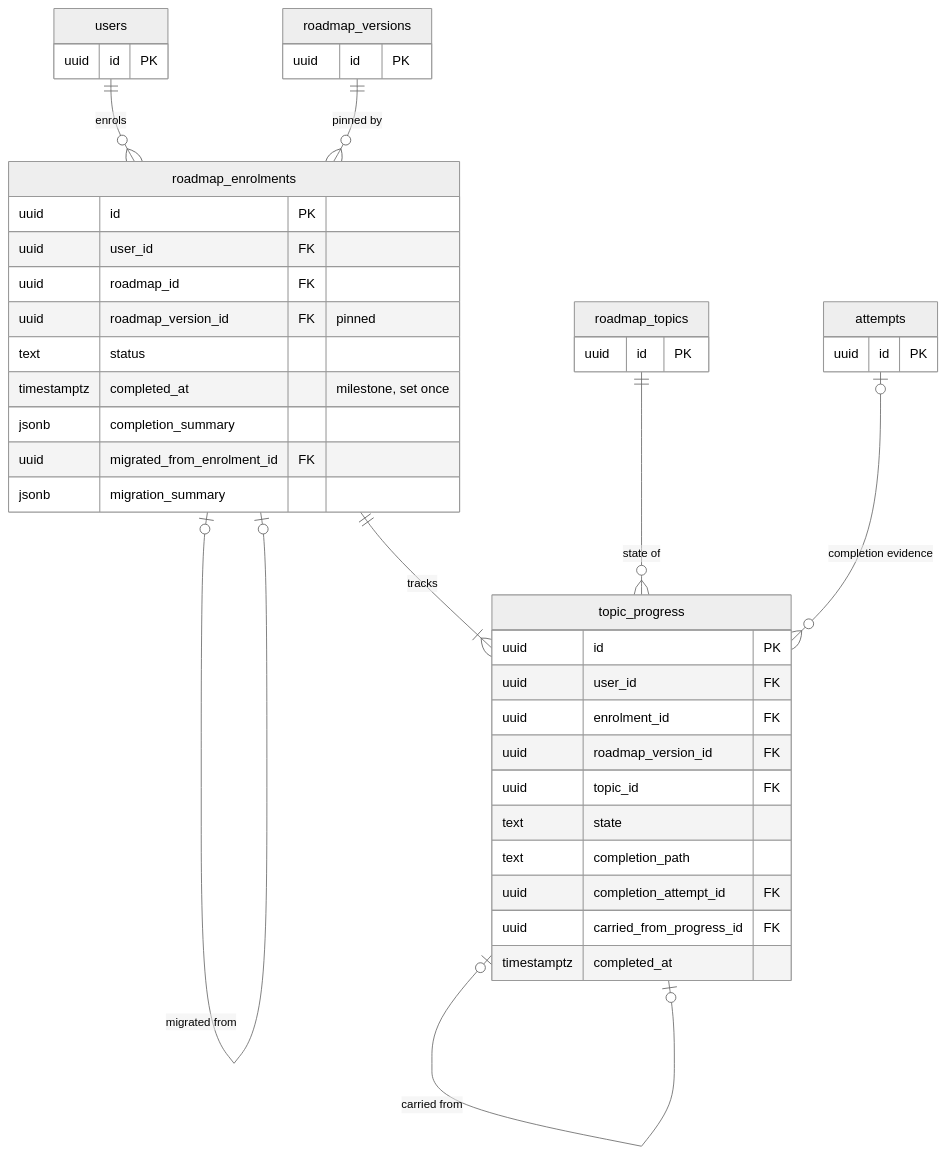
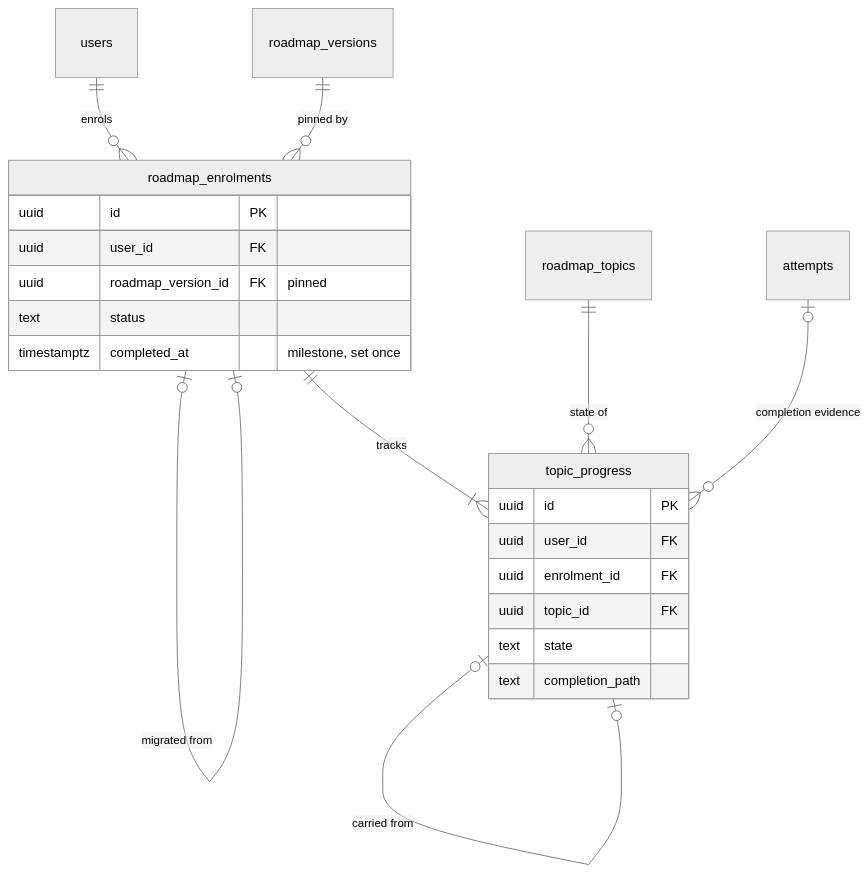
Before and after one commit to GhanshyamSoni68/app_idea: the fourth of 7 diagrams in devstep/docs/04-data-model.md, drawn with Mermaid (neutral theme). The commit also changed other lines of this file, not shown here.

````diff
--- a/devstep/docs/04-data-model.md
+++ b/devstep/docs/04-data-model.md
@@ -295,45 +189,25 @@
 ```mermaid
 erDiagram
     users ||--o{ roadmap_enrolments : "enrols"
     roadmap_versions ||--o{ roadmap_enrolments : "pinned by"
     roadmap_enrolments ||--|{ topic_progress : "tracks"
     roadmap_topics ||--o{ topic_progress : "state of"
     roadmap_enrolments |o--o| roadmap_enrolments : "migrated from"
     topic_progress |o--o| topic_progress : "carried from"
     attempts |o--o{ topic_progress : "completion evidence"
-    users {
-        uuid id PK
-    }
-    roadmap_versions {
-        uuid id PK
-    }
-    roadmap_topics {
-        uuid id PK
-    }
-    attempts {
-        uuid id PK
-    }
     roadmap_enrolments {
         uuid id PK
         uuid user_id FK
-        uuid roadmap_id FK
         uuid roadmap_version_id FK "pinned"
         text status
         timestamptz completed_at "milestone, set once"
-        jsonb completion_summary
-        uuid migrated_from_enrolment_id FK
-        jsonb migration_summary
     }
     topic_progress {
         uuid id PK
         uuid user_id FK
         uuid enrolment_id FK
-        uuid roadmap_version_id FK
         uuid topic_id FK
         text state
         text completion_path
-        uuid completion_attempt_id FK
-        uuid carried_from_progress_id FK
-        timestamptz completed_at
     }
 ```
````
